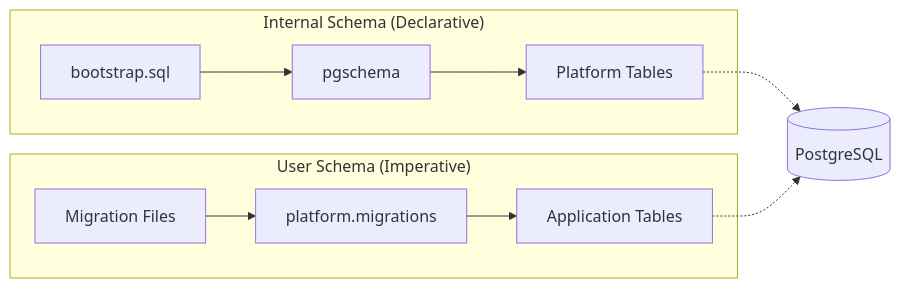
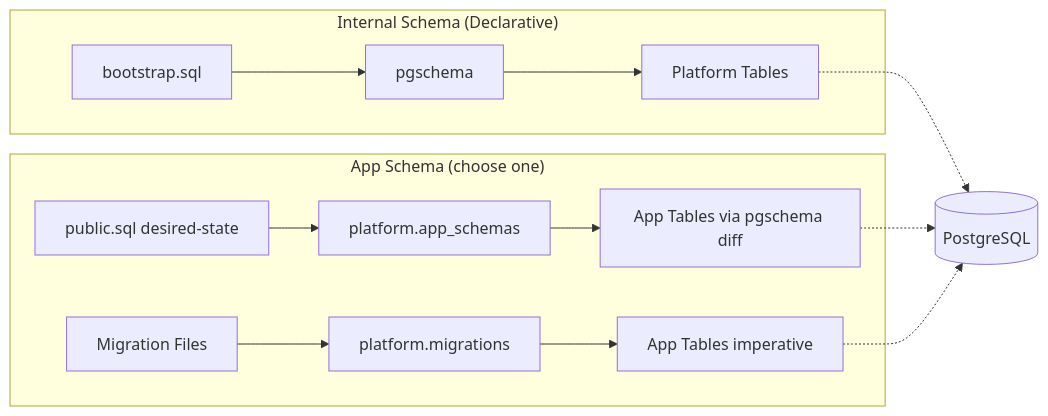
Before and after one commit to wayli-app/fluxbase: the diagram in docs/src/content/docs/guides/database-migrations.md, drawn with Mermaid. The commit also changed other lines of this file and 14 other files, not shown here.

First line of the commit message:
feat(schema): opt-in declarative app-schema for application tables (#292)

````diff
--- a/docs/src/content/docs/guides/database-migrations.md
+++ b/docs/src/content/docs/guides/database-migrations.md
@@ -15,15 +18,18 @@
 ```mermaid
 graph LR
     subgraph "Internal Schema (Declarative)"
         B1[bootstrap.sql] --> B2[pgschema]
         B2 --> B3[Platform Tables]
     end
 
-    subgraph "User Schema (Imperative)"
+    subgraph "App Schema (choose one)"
+        D1[public.sql desired-state] --> D2[platform.app_schemas]
+        D2 --> D3[App Tables via pgschema diff]
         U1[Migration Files] --> U2[platform.migrations]
-        U2 --> U3[Application Tables]
+        U2 --> U3[App Tables imperative]
     end
 
     B3 -.-> DB[(PostgreSQL)]
+    D3 -.-> DB
     U3 -.-> DB
 ```
````
